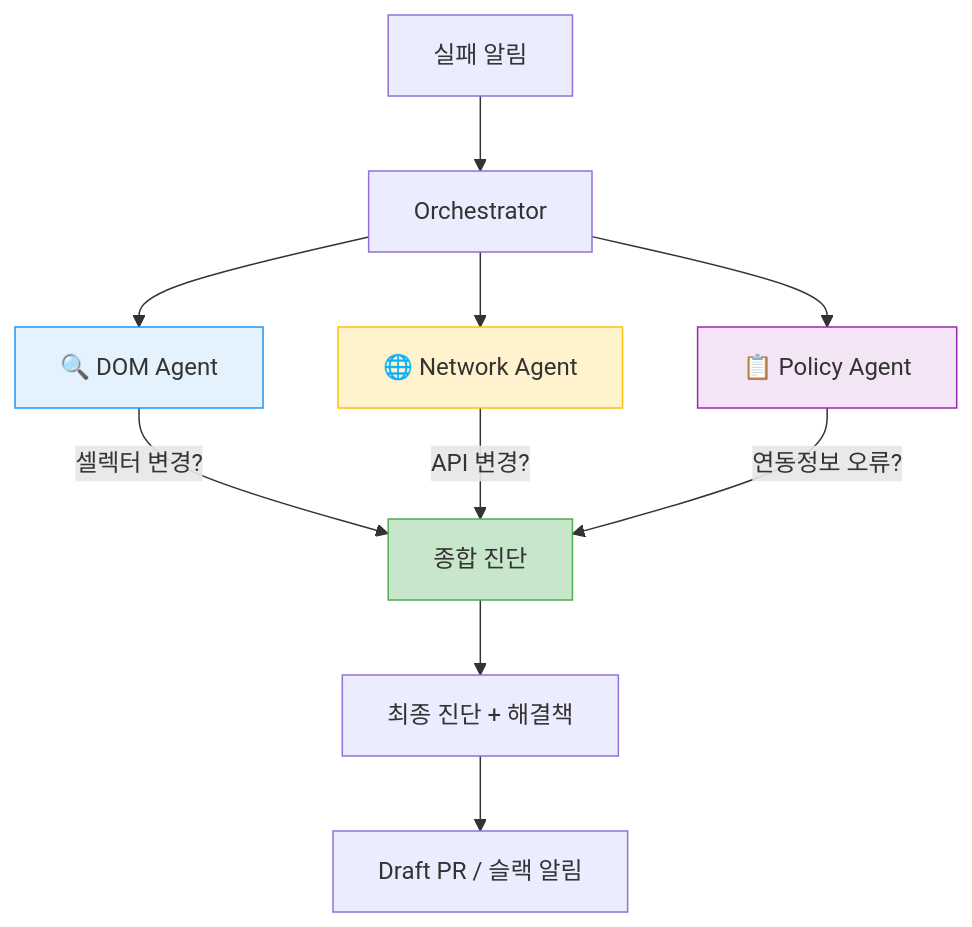
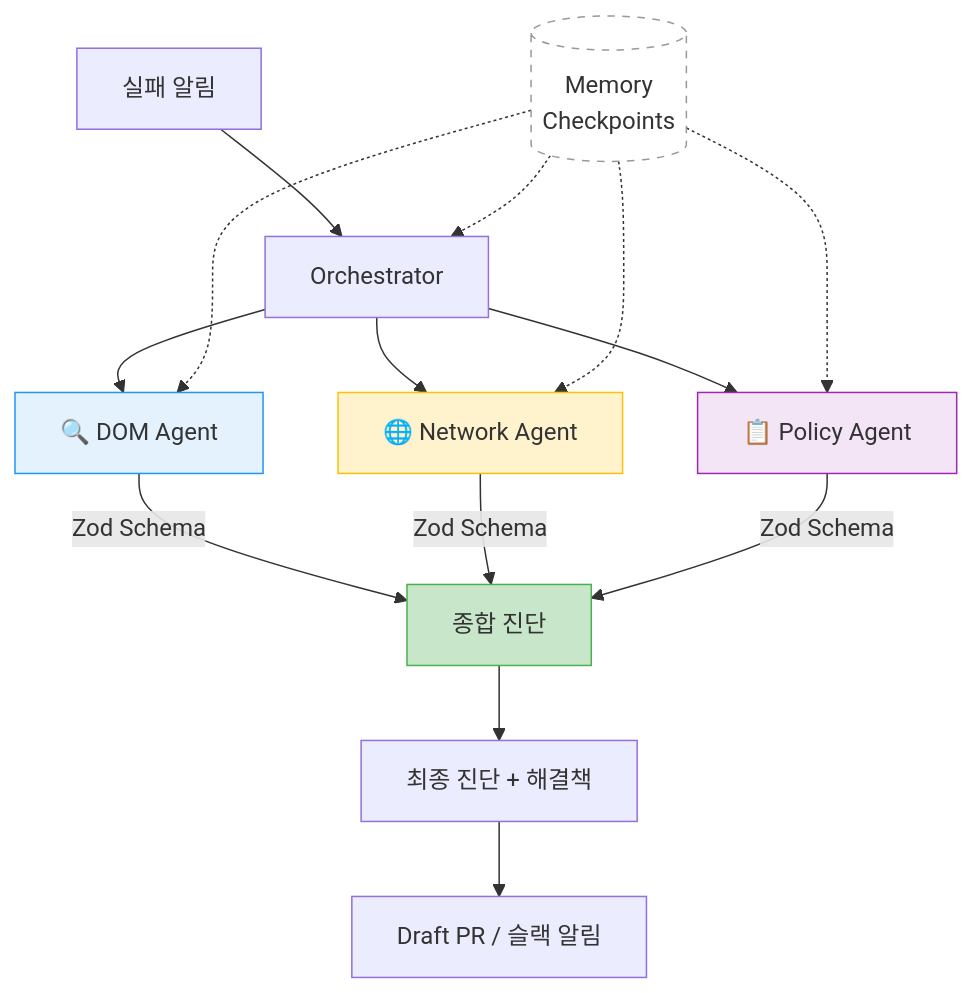
Before and after one commit to socar-tonic/web-analysis-agent: the fourth of 16 diagrams in docs/architecture-diagram.md, drawn with Mermaid. The commit also changed other lines of this file and 2 other files, not shown here.

````diff
--- a/docs/architecture-diagram.md
+++ b/docs/architecture-diagram.md
@@ -53,20 +53,26 @@
 ```mermaid
 flowchart TB
     FAIL[실패 알림] --> ORCH[Orchestrator]
 
     ORCH --> DOM[🔍 DOM Agent]
     ORCH --> NET[🌐 Network Agent]
     ORCH --> POL[📋 Policy Agent]
 
-    DOM --> |셀렉터 변경?| AGG[종합 진단]
-    NET --> |API 변경?| AGG
-    POL --> |연동정보 오류?| AGG
+    DOM --> |Zod Schema| AGG[종합 진단]
+    NET --> |Zod Schema| AGG
+    POL --> |Zod Schema| AGG
 
     AGG --> RESULT[최종 진단 + 해결책]
     RESULT --> ACTION[Draft PR / 슬랙 알림]
+
+    MEM[(Memory<br/>Checkpoints)] -.-> ORCH
+    MEM -.-> DOM
+    MEM -.-> NET
+    MEM -.-> POL
 
     style DOM fill:#e3f2fd,stroke:#2196f3
     style NET fill:#fff3cd,stroke:#ffc107
     style POL fill:#f3e5f5,stroke:#9c27b0
     style AGG fill:#c8e6c9,stroke:#4caf50
+    style MEM fill:#fff,stroke:#999,stroke-dasharray: 5 5
 ```
````
